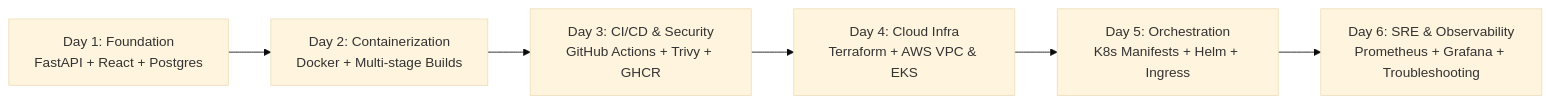
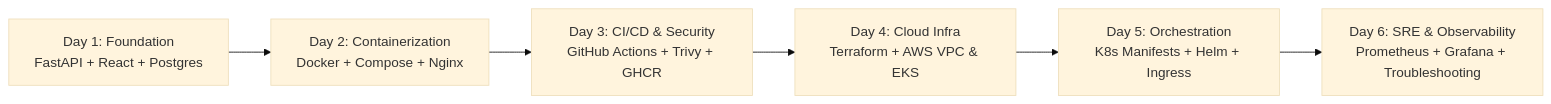
One commit to shivansh023023/taskboard-devops-capstone changed the diagram in README.md. Above: the diagram before and after it, drawn with Mermaid (base theme). The commit also changed other lines of this file and 9 other files, not shown here.

Commit message:
feat: complete Day 2 Dockerization with Compose, Nginx, and multi-stage builds

````diff
--- a/README.md
+++ b/README.md
@@ -201,8 +193,8 @@
 ```mermaid
 flowchart LR
-    D1["Day 1: Foundation\nFastAPI + React + Postgres"] --> D2["Day 2: Containerization\nDocker + Multi-stage Builds"]
+    D1["Day 1: Foundation\nFastAPI + React + Postgres"] --> D2["Day 2: Containerization\nDocker + Compose + Nginx"]
     D2 --> D3["Day 3: CI/CD & Security\nGitHub Actions + Trivy + GHCR"]
     D3 --> D4["Day 4: Cloud Infra\nTerraform + AWS VPC & EKS"]
     D4 --> D5["Day 5: Orchestration\nK8s Manifests + Helm + Ingress"]
     D5 --> D6["Day 6: SRE & Observability\nPrometheus + Grafana + Troubleshooting"]
 ```
````
